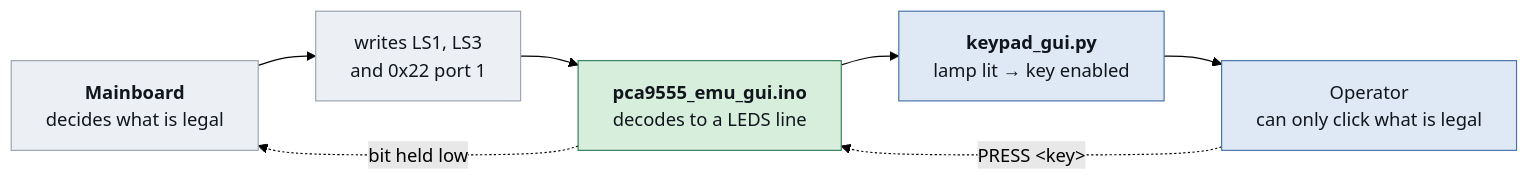
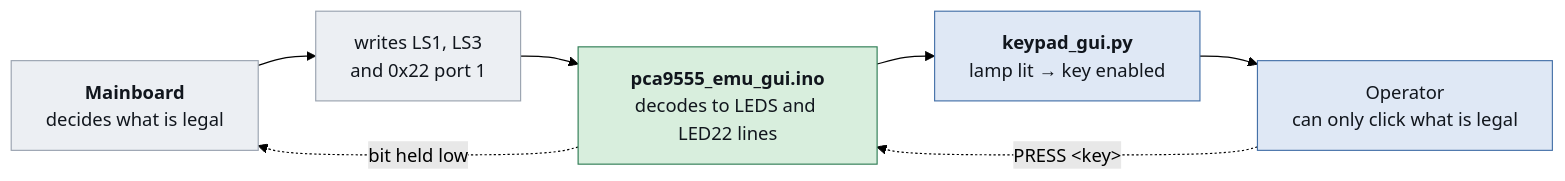
Before and after one commit to coport-uni/SpinCoaterAutomation_I2C: the diagram in firmware/pca9555_emu_gui/README.md, drawn with Mermaid (forest theme). The commit also changed other lines of this file and 1 other file, not shown here.

First line of the commit message:
fix(emu): time key release and report all lamps

````diff
--- a/firmware/pca9555_emu_gui/README.md
+++ b/firmware/pca9555_emu_gui/README.md
@@ -29,19 +29,19 @@
 ```mermaid
 flowchart LR
     MB["<b>Mainboard</b><br/>decides what is legal"]
     W["writes LS1, LS3<br/>and 0x22 port 1"]
-    EMU["<b>pca9555_emu_gui.ino</b><br/>decodes to a LEDS line"]
+    EMU["<b>pca9555_emu_gui.ino</b><br/>decodes to LEDS and LED22 lines"]
     GUI["<b>keypad_gui.py</b><br/>lamp lit → key enabled"]
     OP["Operator<br/>can only click what is legal"]
 
     MB --> W --> EMU --> GUI --> OP
     OP -.->|"PRESS &lt;key&gt;"| EMU
     EMU -.->|"bit held low"| MB
 
     classDef ext fill:#eceff3,stroke:#9aa3b0,color:#11161d
     classDef dev fill:#d8eedd,stroke:#2f7d55,color:#11161d
     classDef pc fill:#dfe8f5,stroke:#4571a8,color:#11161d
     class MB,W ext
     class EMU dev
     class GUI,OP pc
 ```
````
